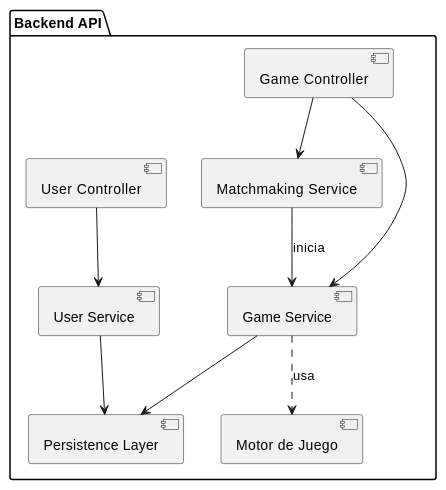
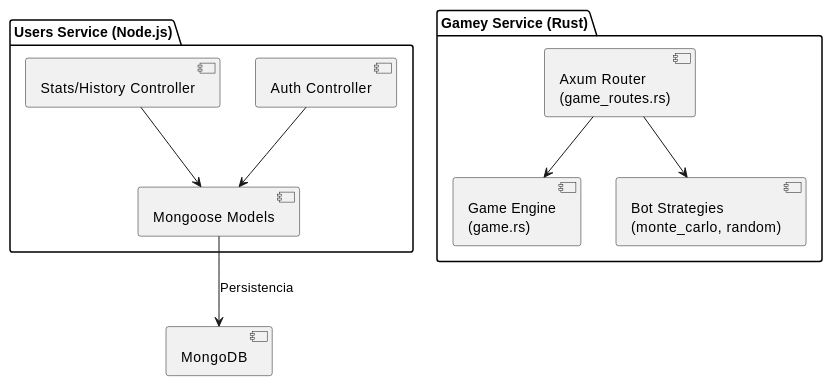
Before and after one commit to Arquisoft/yovi_es2a: the third of 4 diagrams in docs/src/05_building_block_view.adoc, drawn with PlantUML. The commit also changed other lines of this file and 2 other files, not shown here.

```diff
--- a/docs/src/05_building_block_view.adoc
+++ b/docs/src/05_building_block_view.adoc
@@ -130,16 +120,15 @@
 [plantuml, target=diagrama-componentes, format=svg]
 ....
 @startuml
-package "Backend API" {
-[Game Controller] --> [Matchmaking Service]
-[Game Controller] --> [Game Service]
-[User Controller] --> [User Service]
+package "Users Service (Node.js)" {
+  [Auth Controller] --> [Mongoose Models]
+  [Stats/History Controller] --> [Mongoose Models]
+}
 
-[Game Service] ..> [Motor de Juego] : usa
-[Matchmaking Service] --> [Game Service] : inicia
+package "Gamey Service (Rust)" {
+  [Axum Router\n(game_routes.rs)] --> [Game Engine\n(game.rs)]
+  [Axum Router\n(game_routes.rs)] --> [Bot Strategies\n(monte_carlo, random)]
+}
 
-[Game Service] --> [Persistence Layer]
-[User Service] --> [Persistence Layer]
-}
-@enduml
+[Mongoose Models] --> [MongoDB] : Persistencia
 ....
```
